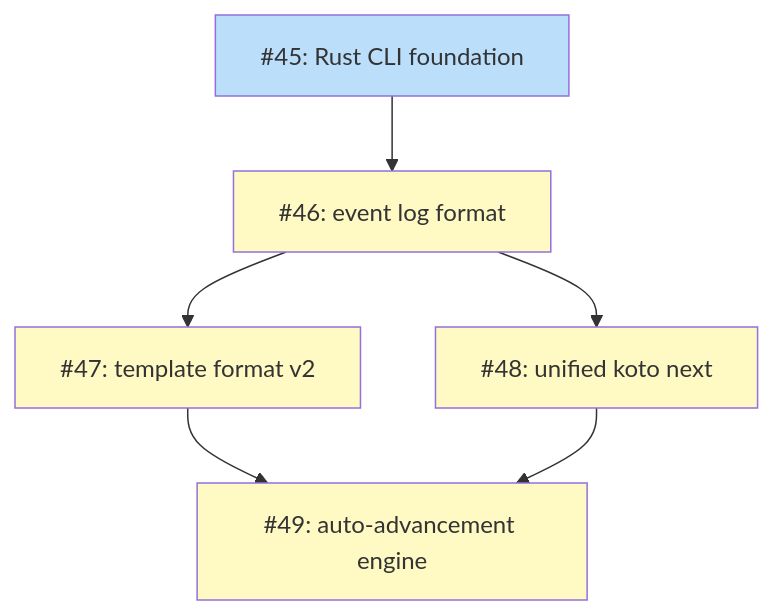
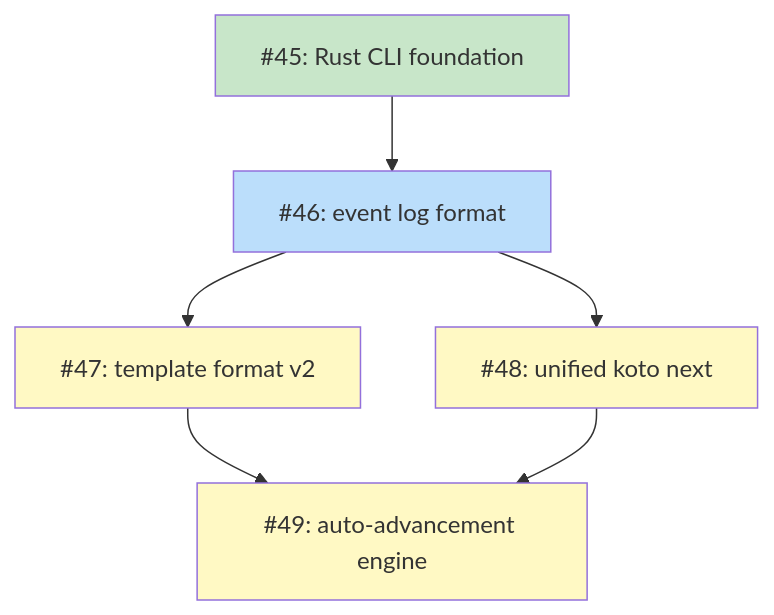
One commit to tsukumogami/koto changed the diagram in docs/plans/PLAN-unified-koto-next.md. Above: the diagram before and after it, drawn with Mermaid. The commit also changed 1 other file, not shown here.

Commit message:
docs(plan): mark all issues done in dependency graph (#51)
Update the Mermaid dependency graph in PLAN-migrate-koto-go-to-rust.md
to reflect that all five issues are complete. All nodes were still shown
as ready/blocked after PR #50 merged.

````diff
--- a/docs/plans/PLAN-unified-koto-next.md
+++ b/docs/plans/PLAN-unified-koto-next.md
@@ -49,27 +49,28 @@
 ```mermaid
 graph TD
     I45["#45: Rust CLI foundation"]
     I46["#46: event log format"]
     I47["#47: template format v2"]
     I48["#48: unified koto next"]
     I49["#49: auto-advancement engine"]
 
     I45 --> I46
     I46 --> I47
     I46 --> I48
     I47 --> I49
     I48 --> I49
 
     classDef done fill:#c8e6c9
     classDef ready fill:#bbdefb
     classDef blocked fill:#fff9c4
     classDef needsDesign fill:#e1bee7
     classDef needsPrd fill:#b3e5fc
     classDef needsSpike fill:#ffcdd2
     classDef needsDecision fill:#d1c4e9
     classDef tracksDesign fill:#FFE0B2,stroke:#F57C00,color:#000
     classDef tracksPlan fill:#FFE0B2,stroke:#F57C00,color:#000
 
-    class I45 ready
-    class I46,I47,I48,I49 blocked
+    class I45 done
+    class I46 ready
+    class I47,I48,I49 blocked
 ```
````
